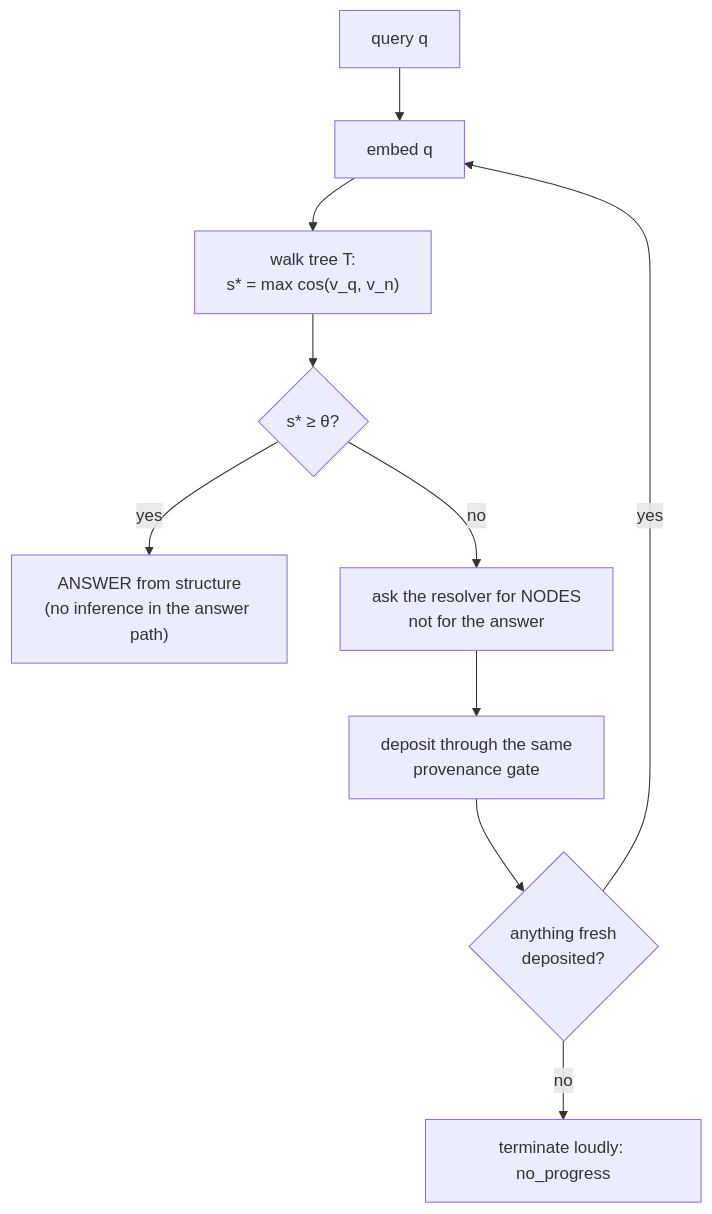
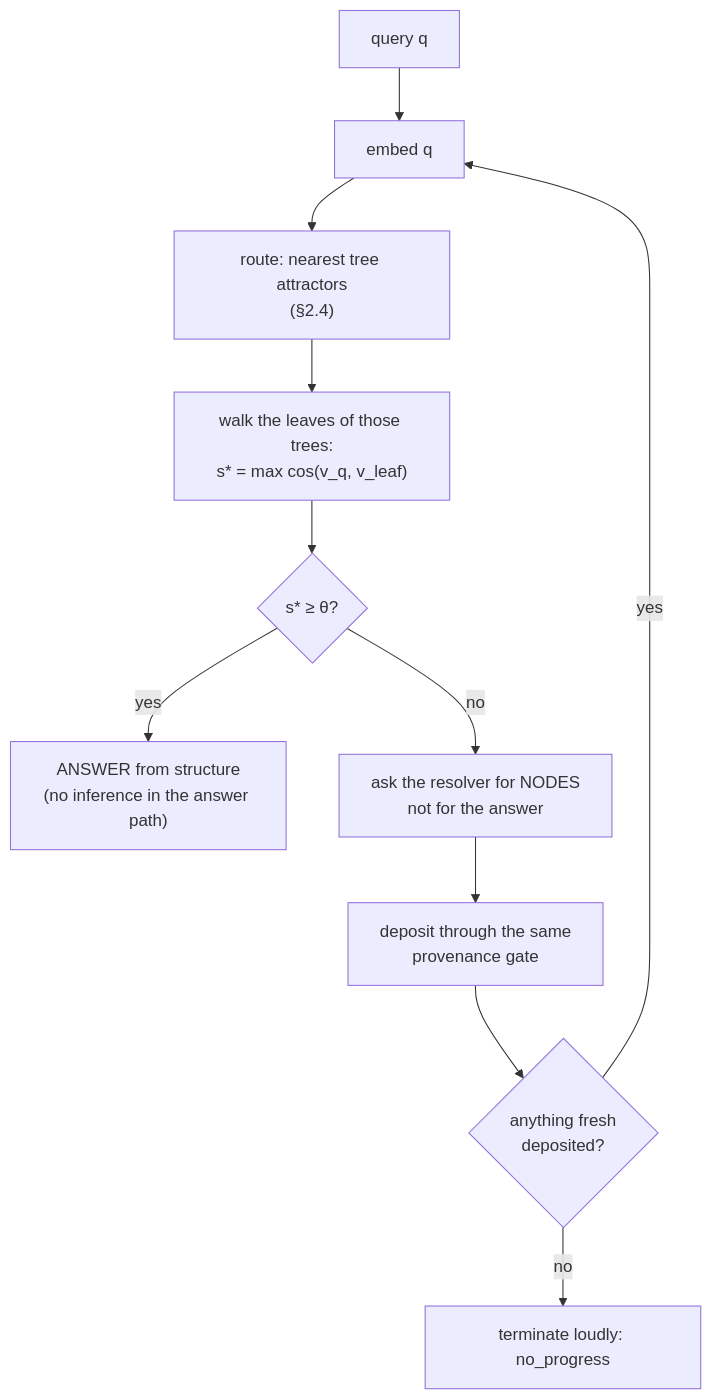
Before and after one commit to akienm/cairn: the diagram in press_office/GraphTreeMemoryTechnicalBrief.md, drawn with Mermaid. The commit also changed other lines of this file and 3 other files, not shown here.

````diff
--- a/press_office/GraphTreeMemoryTechnicalBrief.md
+++ b/press_office/GraphTreeMemoryTechnicalBrief.md
@@ -97,12 +121,13 @@
 ```mermaid
 flowchart TD
     Q["query q"] --> E["embed q"]
-    E --> W["walk tree T:\ns* = max cos(v_q, v_n)"]
+    E --> R["route: nearest tree attractors\n(§2.4)"]
+    R --> W["walk the leaves of those trees:\ns* = max cos(v_q, v_leaf)"]
     W --> D{"s* ≥ θ?"}
     D -->|yes| A["ANSWER from structure\n(no inference in the answer path)"]
     D -->|no| B["ask the resolver for NODES\nnot for the answer"]
     B --> G["deposit through the same\nprovenance gate"]
     G --> P{"anything fresh\ndeposited?"}
     P -->|yes| E
     P -->|no| N["terminate loudly: no_progress"]
 ```
````
